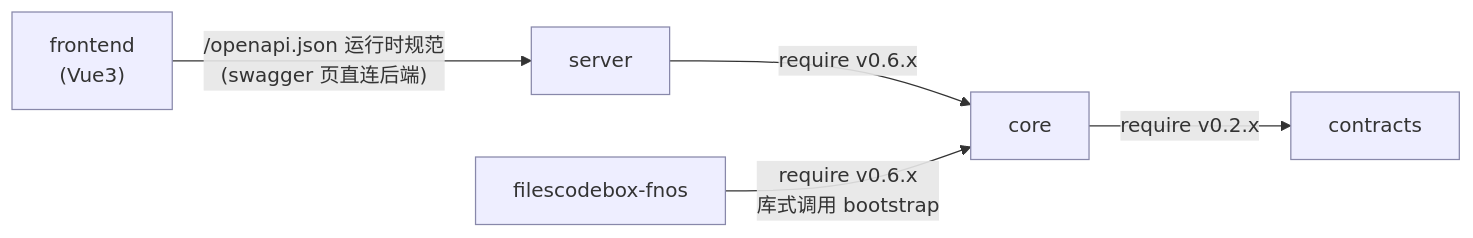
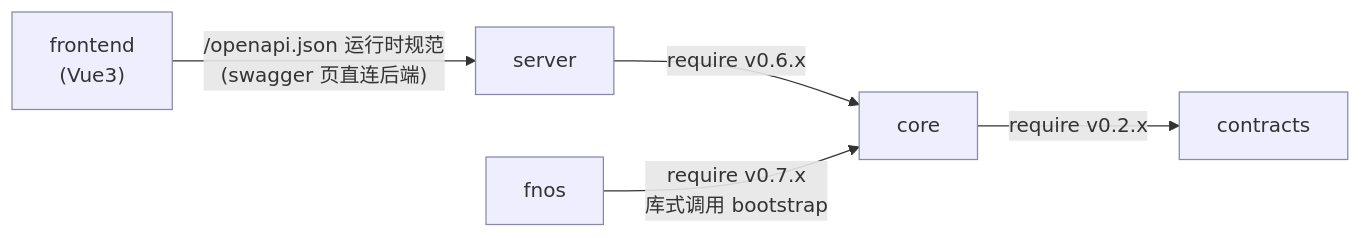
Before and after one commit to filescodebox/FilesCodeBox: the second of 8 diagrams in docs/architecture.md, drawn with Mermaid. The commit also changed other lines of this file and 5 other files, not shown here.

Commit message:
chore(rename): fnos 仓改名(filescodebox-fnos → fnos)——go.work/setup.sh/.gitignore/docs/release.yml 同步

````diff
--- a/docs/architecture.md
+++ b/docs/architecture.md
@@ -36,10 +36,10 @@
 ```mermaid
 graph LR
     FE["frontend<br/>(Vue3)"] -->|"/openapi.json 运行时规范<br/>(swagger 页直连后端)"| SRV["server"]
     SRV -->|"require v0.6.x"| CORE["core"]
-    FNOS["filescodebox-fnos"] -->|"require v0.6.x<br/>库式调用 bootstrap"| CORE
+    FNOS["fnos"] -->|"require v0.7.x<br/>库式调用 bootstrap"| CORE
     CORE -->|"require v0.2.x"| CTX["contracts"]
 
     classDef plain fill:#eef,stroke:#88a
     class CTX,CORE,SRV,FE,FNOS plain
 ```
````
